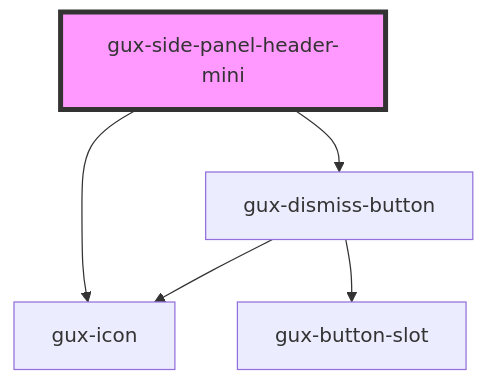
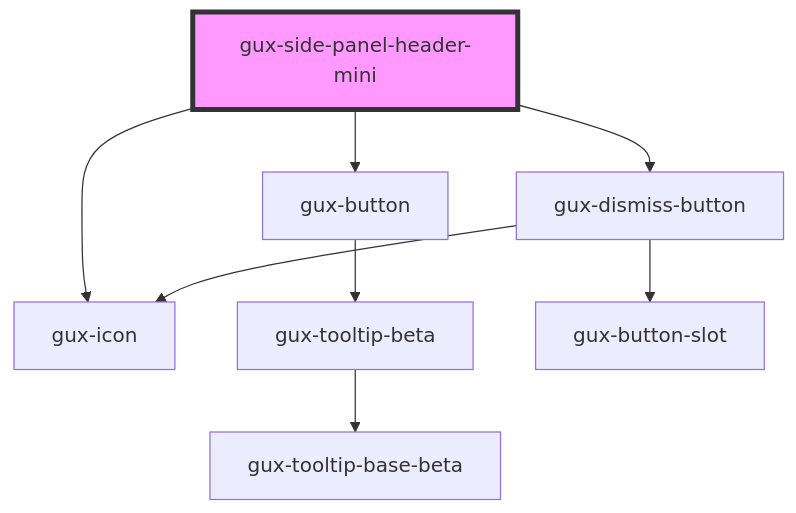
The diagram in packages/genesys-spark-components/src/components/beta/gux-side-panel/components/gux-side-panel-header-mini/readme.md (MyPureCloud/genesys-spark), drawn with Mermaid before and after one commit. The commit also changed other lines of this file and 8 other files, not shown here.

Commit message:
chore(side panel): interim changes for wip

````diff
--- a/packages/genesys-spark-components/src/components/beta/gux-side-panel/components/gux-side-panel-header-mini/readme.md
+++ b/packages/genesys-spark-components/src/components/beta/gux-side-panel/components/gux-side-panel-header-mini/readme.md
@@ -37,8 +34,11 @@
 ```mermaid
 graph TD;
+  gux-side-panel-header-mini --> gux-button
   gux-side-panel-header-mini --> gux-icon
   gux-side-panel-header-mini --> gux-dismiss-button
+  gux-button --> gux-tooltip-beta
+  gux-tooltip-beta --> gux-tooltip-base-beta
   gux-dismiss-button --> gux-button-slot
   gux-dismiss-button --> gux-icon
   style gux-side-panel-header-mini fill:#f9f,stroke:#333,stroke-width:4px
 ```
````
